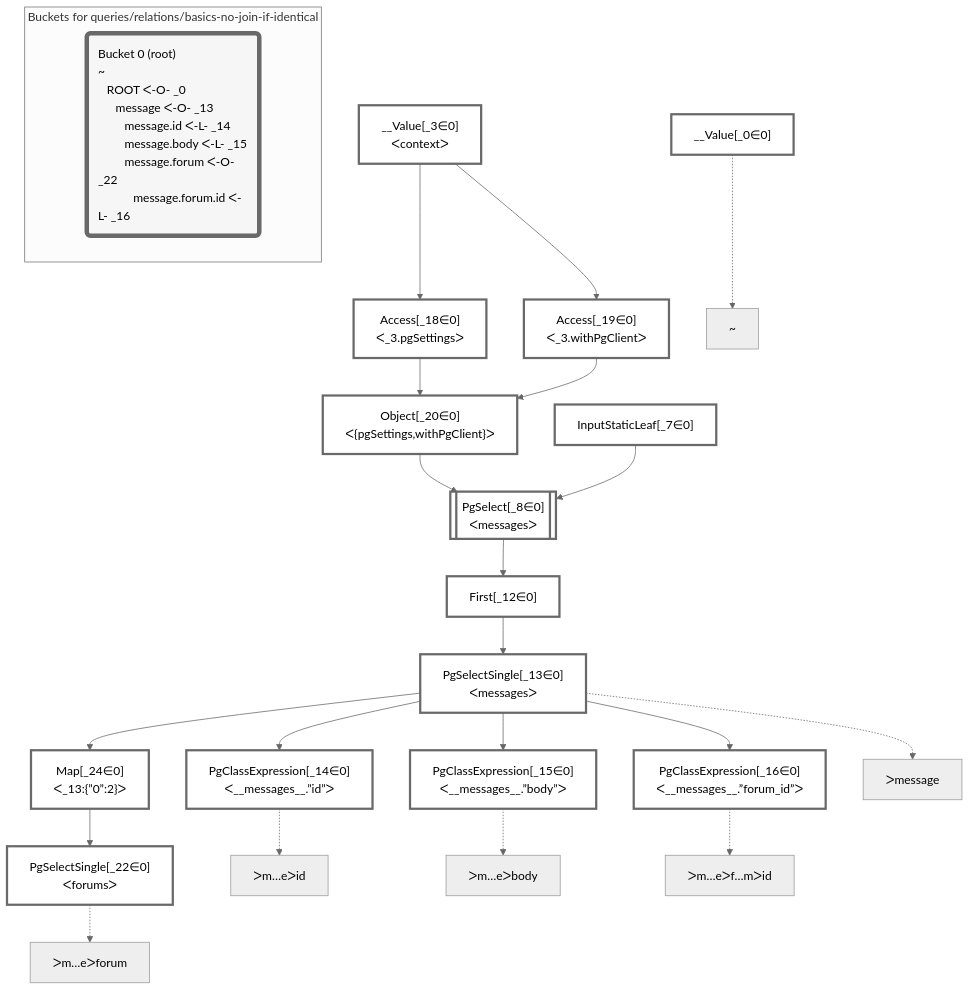
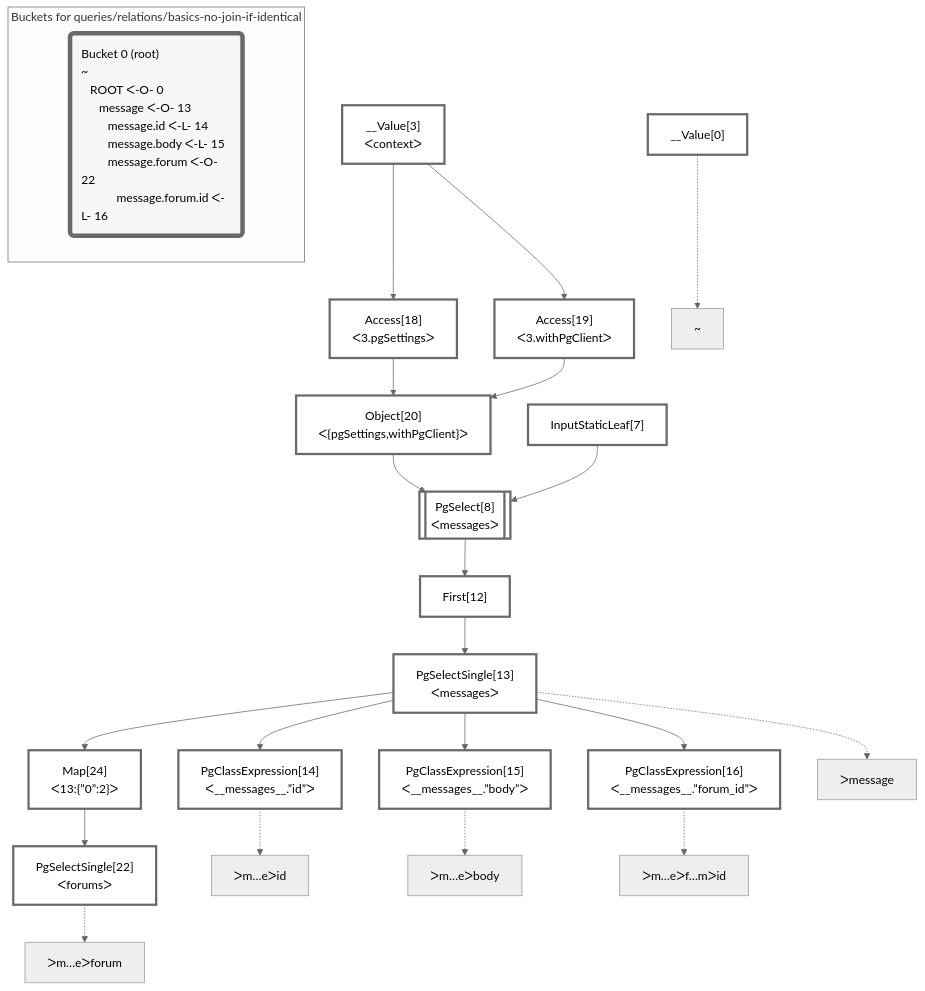
Before and after one commit to graphile/crystal: the diagram in packages/dataplan-pg/__tests__/queries/relations/basics-no-join-if-identical.mermaid.md, drawn with Mermaid (neutral theme). The commit also changed 195 other files, not shown here.

````diff
--- a/packages/dataplan-pg/__tests__/queries/relations/basics-no-join-if-identical.mermaid.md
+++ b/packages/dataplan-pg/__tests__/queries/relations/basics-no-join-if-identical.mermaid.md
@@ -1,58 +1,58 @@
 ```mermaid
 graph TD
     classDef path fill:#eee,stroke:#000,color:#000
     classDef plan fill:#fff,stroke-width:3px,color:#000
     classDef itemplan fill:#fff,stroke-width:6px,color:#000
     classDef sideeffectplan fill:#f00,stroke-width:6px,color:#000
     classDef bucket fill:#f6f6f6,color:#000,stroke-width:6px,text-align:left
 
 
     %% define plans
-    __Value_0["__Value[_0∈0]"]:::plan
-    PgClassExpression_14["PgClassExpression[_14∈0]<br />ᐸ__messages__.”id”ᐳ"]:::plan
-    PgClassExpression_15["PgClassExpression[_15∈0]<br />ᐸ__messages__.”body”ᐳ"]:::plan
-    PgClassExpression_16["PgClassExpression[_16∈0]<br />ᐸ__messages__.”forum_id”ᐳ"]:::plan
-    PgSelectSingle_22["PgSelectSingle[_22∈0]<br />ᐸforumsᐳ"]:::plan
-    Map_24["Map[_24∈0]<br />ᐸ_13:{”0”:2}ᐳ"]:::plan
-    PgSelectSingle_13["PgSelectSingle[_13∈0]<br />ᐸmessagesᐳ"]:::plan
-    First_12["First[_12∈0]"]:::plan
-    PgSelect_8[["PgSelect[_8∈0]<br />ᐸmessagesᐳ"]]:::plan
-    Object_20["Object[_20∈0]<br />ᐸ{pgSettings,withPgClient}ᐳ"]:::plan
-    Access_18["Access[_18∈0]<br />ᐸ_3.pgSettingsᐳ"]:::plan
-    Access_19["Access[_19∈0]<br />ᐸ_3.withPgClientᐳ"]:::plan
-    __Value_3["__Value[_3∈0]<br />ᐸcontextᐳ"]:::plan
-    InputStaticLeaf_7["InputStaticLeaf[_7∈0]"]:::plan
+    __Value0["__Value[0]"]:::plan
+    PgClassExpression14["PgClassExpression[14]<br />ᐸ__messages__.”id”ᐳ"]:::plan
+    PgClassExpression15["PgClassExpression[15]<br />ᐸ__messages__.”body”ᐳ"]:::plan
+    PgClassExpression16["PgClassExpression[16]<br />ᐸ__messages__.”forum_id”ᐳ"]:::plan
+    PgSelectSingle22["PgSelectSingle[22]<br />ᐸforumsᐳ"]:::plan
+    Map24["Map[24]<br />ᐸ13:{”0”:2}ᐳ"]:::plan
+    PgSelectSingle13["PgSelectSingle[13]<br />ᐸmessagesᐳ"]:::plan
+    First12["First[12]"]:::plan
+    PgSelect8[["PgSelect[8]<br />ᐸmessagesᐳ"]]:::plan
+    Object20["Object[20]<br />ᐸ{pgSettings,withPgClient}ᐳ"]:::plan
+    Access18["Access[18]<br />ᐸ3.pgSettingsᐳ"]:::plan
+    Access19["Access[19]<br />ᐸ3.withPgClientᐳ"]:::plan
+    __Value3["__Value[3]<br />ᐸcontextᐳ"]:::plan
+    InputStaticLeaf7["InputStaticLeaf[7]"]:::plan
 
     %% plan dependencies
-    PgSelectSingle_13 --> PgClassExpression_14
-    PgSelectSingle_13 --> PgClassExpression_15
-    PgSelectSingle_13 --> PgClassExpression_16
-    Map_24 --> PgSelectSingle_22
-    PgSelectSingle_13 --> Map_24
-    First_12 --> PgSelectSingle_13
-    PgSelect_8 --> First_12
-    Object_20 & InputStaticLeaf_7 --> PgSelect_8
-    Access_18 & Access_19 --> Object_20
-    __Value_3 --> Access_18
-    __Value_3 --> Access_19
+    PgSelectSingle13 --> PgClassExpression14
+    PgSelectSingle13 --> PgClassExpression15
+    PgSelectSingle13 --> PgClassExpression16
+    Map24 --> PgSelectSingle22
+    PgSelectSingle13 --> Map24
+    First12 --> PgSelectSingle13
+    PgSelect8 --> First12
+    Object20 & InputStaticLeaf7 --> PgSelect8
+    Access18 & Access19 --> Object20
+    __Value3 --> Access18
+    __Value3 --> Access19
 
     %% plan-to-path relationships
-    P_0["~"]
-    __Value_0 -.-> P_0
-    P_13["ᐳmessage"]
-    PgSelectSingle_13 -.-> P_13
-    P_14["ᐳm…eᐳid"]
-    PgClassExpression_14 -.-> P_14
-    P_15["ᐳm…eᐳbody"]
-    PgClassExpression_15 -.-> P_15
-    P_16["ᐳm…eᐳf…mᐳid"]
-    PgClassExpression_16 -.-> P_16
-    P_22["ᐳm…eᐳforum"]
-    PgSelectSingle_22 -.-> P_22
+    P0["~"]
+    __Value0 -.-> P0
+    P13["ᐳmessage"]
+    PgSelectSingle13 -.-> P13
+    P14["ᐳm…eᐳid"]
+    PgClassExpression14 -.-> P14
+    P15["ᐳm…eᐳbody"]
+    PgClassExpression15 -.-> P15
+    P16["ᐳm…eᐳf…mᐳid"]
+    PgClassExpression16 -.-> P16
+    P22["ᐳm…eᐳforum"]
+    PgSelectSingle22 -.-> P22
 
     subgraph "Buckets for queries/relations/basics-no-join-if-identical"
-    Bucket0("Bucket 0 (root)<br />~<br />⠀ROOT ᐸ-O- _0<br />⠀⠀message ᐸ-O- _13<br />⠀⠀⠀message.id ᐸ-L- _14<br />⠀⠀⠀message.body ᐸ-L- _15<br />⠀⠀⠀message.forum ᐸ-O- _22<br />⠀⠀⠀⠀message.forum.id ᐸ-L- _16"):::bucket
+    Bucket0("Bucket 0 (root)<br />~<br />⠀ROOT ᐸ-O- 0<br />⠀⠀message ᐸ-O- 13<br />⠀⠀⠀message.id ᐸ-L- 14<br />⠀⠀⠀message.body ᐸ-L- 15<br />⠀⠀⠀message.forum ᐸ-O- 22<br />⠀⠀⠀⠀message.forum.id ᐸ-L- 16"):::bucket
     classDef bucket0 stroke:#696969
-    class Bucket0,__Value_0,__Value_3,InputStaticLeaf_7,PgSelect_8,First_12,PgSelectSingle_13,PgClassExpression_14,PgClassExpression_15,PgClassExpression_16,Access_18,Access_19,Object_20,PgSelectSingle_22,Map_24 bucket0
+    class Bucket0,__Value0,__Value3,InputStaticLeaf7,PgSelect8,First12,PgSelectSingle13,PgClassExpression14,PgClassExpression15,PgClassExpression16,Access18,Access19,Object20,PgSelectSingle22,Map24 bucket0
     end
 ```
````
